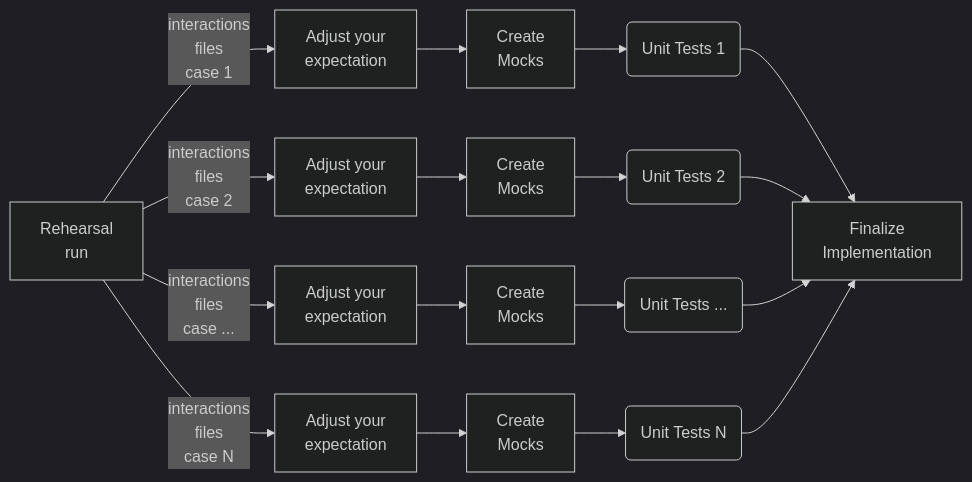
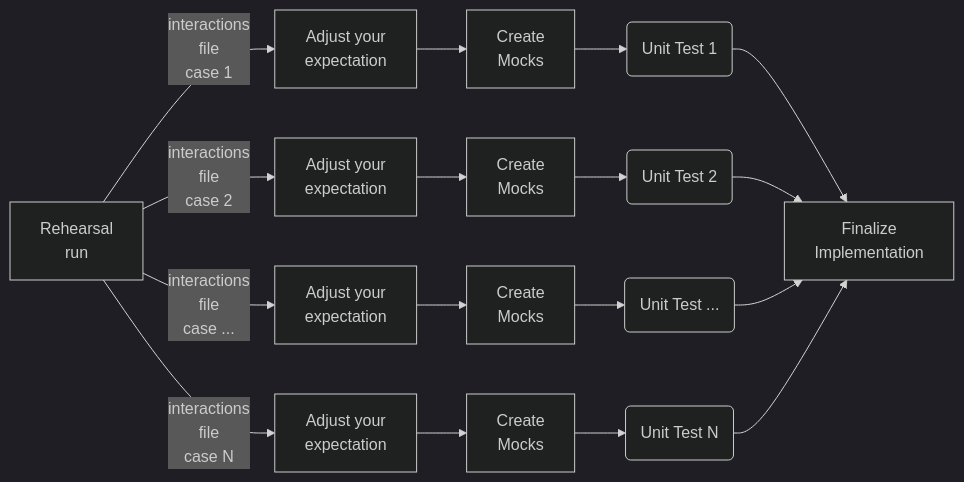
One commit to kevinchwong/rehearser-examples changed the first of 2 diagrams in README.md. Above: the diagram before and after it, drawn with Mermaid (dark theme).

Commit message:
Fix Quick Start

````diff
--- a/README.md
+++ b/README.md
@@ -5,8 +5,8 @@
 ```mermaid
 graph LR
 
-R["Rehearsal<br>run"]--"interactions<br>files<br>case 1"-->A1["Adjust your<br>expectation"]-->C1["Create<br>Mocks"]-->U1("Unit Tests 1")-->F["Finalize<br>Implementation"]
-R["Rehearsal<br>run"]--"interactions<br>files<br>case 2"-->A2["Adjust your<br>expectation"]-->C2["Create<br>Mocks"]-->U2("Unit Tests 2")-->F["Finalize<br>Implementation"]
-R["Rehearsal<br>run"]--"interactions<br>files<br>case ..."-->A3["Adjust your<br>expectation"]-->C3["Create<br>Mocks"]-->U3("Unit Tests ...")-->F["Finalize<br>Implementation"]
-R["Rehearsal<br>run"]--"interactions<br>files<br>case N"-->AN["Adjust your<br>expectation"]-->CN["Create<br>Mocks"]-->UN("Unit Tests N")-->F["Finalize<br>Implementation"]
+R["Rehearsal<br>run"]--"interactions<br>file<br>case 1"-->A1["Adjust your<br>expectation"]-->C1["Create<br>Mocks"]-->U1("Unit Test 1")-->F["Finalize<br>Implementation"]
+R["Rehearsal<br>run"]--"interactions<br>file<br>case 2"-->A2["Adjust your<br>expectation"]-->C2["Create<br>Mocks"]-->U2("Unit Test 2")-->F["Finalize<br>Implementation"]
+R["Rehearsal<br>run"]--"interactions<br>file<br>case ..."-->A3["Adjust your<br>expectation"]-->C3["Create<br>Mocks"]-->U3("Unit Test ...")-->F["Finalize<br>Implementation"]
+R["Rehearsal<br>run"]--"interactions<br>file<br>case N"-->AN["Adjust your<br>expectation"]-->CN["Create<br>Mocks"]-->UN("Unit Test N")-->F["Finalize<br>Implementation"]
 ```
````
